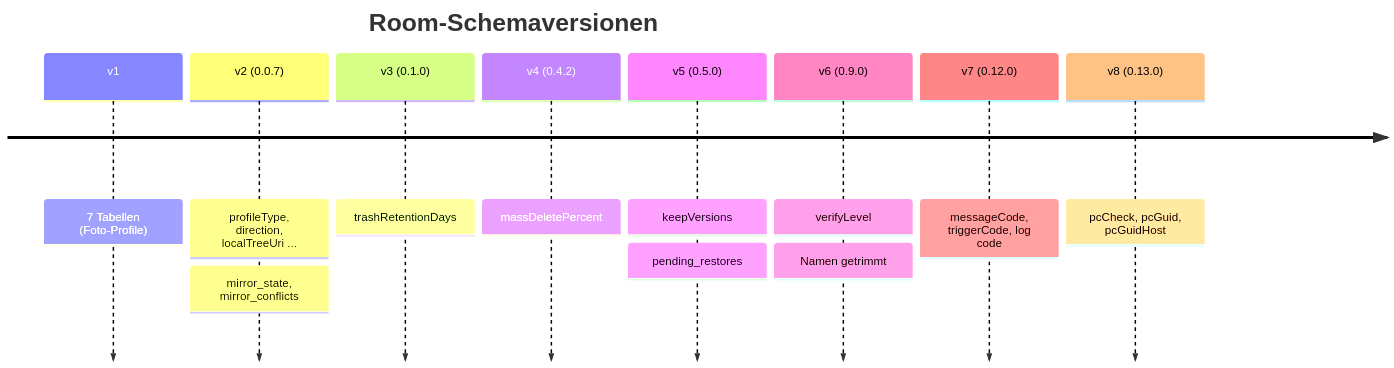
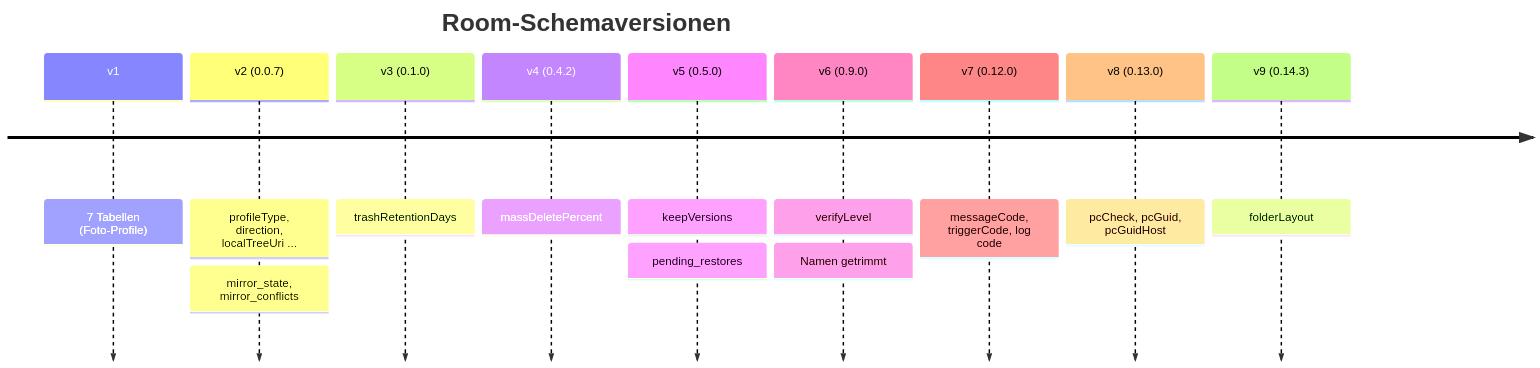
One commit to Apop85/Sync2PC changed the sixth of 6 diagrams in docs/DATA-MODEL.md. Above: the diagram before and after it, drawn with Mermaid. The commit also changed other lines of this file and 27 other files, not shown here.

````diff
--- a/docs/DATA-MODEL.md
+++ b/docs/DATA-MODEL.md
@@ -755,12 +758,13 @@
 ```mermaid
 timeline
     title Room-Schemaversionen
     v1 : 7 Tabellen (Foto-Profile)
     v2 (0.0.7) : profileType, direction, localTreeUri ... : mirror_state, mirror_conflicts
     v3 (0.1.0) : trashRetentionDays
     v4 (0.4.2) : massDeletePercent
     v5 (0.5.0) : keepVersions : pending_restores
     v6 (0.9.0) : verifyLevel : Namen getrimmt
     v7 (0.12.0) : messageCode, triggerCode, log code
     v8 (0.13.0) : pcCheck, pcGuid, pcGuidHost
+    v9 (0.14.3) : folderLayout
 ```
````
